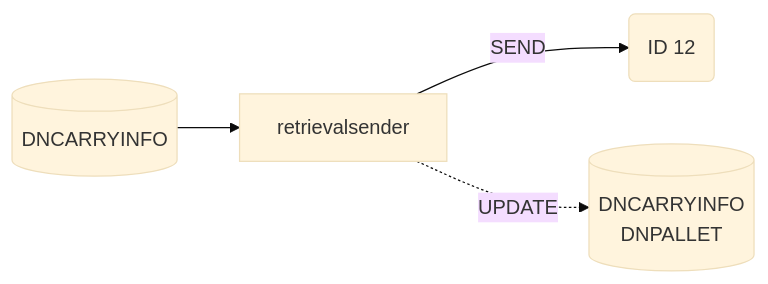
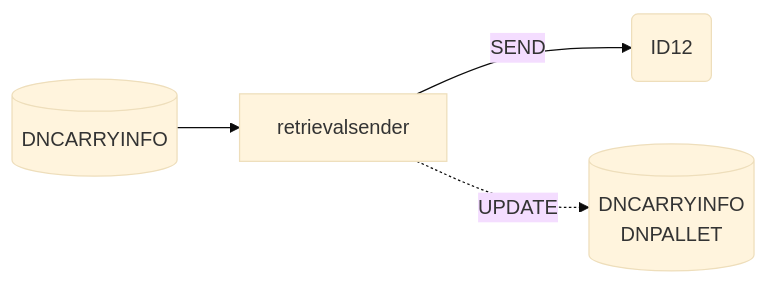
Before and after one commit to luthfiadityaa/SimeDarby-Wiki: the fourth of 9 diagrams in Basic-Design/DFD-WMS/Retrieval/Unplanned-Retrieval-from-OP-Area-(PKG).md, drawn with Mermaid (base theme). The commit also changed other lines of this file, not shown here.

```diff
--- a/Basic-Design/DFD-WMS/Retrieval/Unplanned-Retrieval-from-OP-Area-(PKG).md
+++ b/Basic-Design/DFD-WMS/Retrieval/Unplanned-Retrieval-from-OP-Area-(PKG).md
@@ -181,19 +214,19 @@
 ::: mermaid
 flowchart LR
 
 retrievalsender-input[("
 DNCARRYINFO
 ")]
 
 retrievalsender-update[("
 DNCARRYINFO
 DNPALLET
 ")]
 
 id12msg("
-ID 12
+ID12
 ")
 
 retrievalsender--SEND-->id12msg
 retrievalsender-input-->retrievalsender-.UPDATE.->retrievalsender-update
 :::
```
